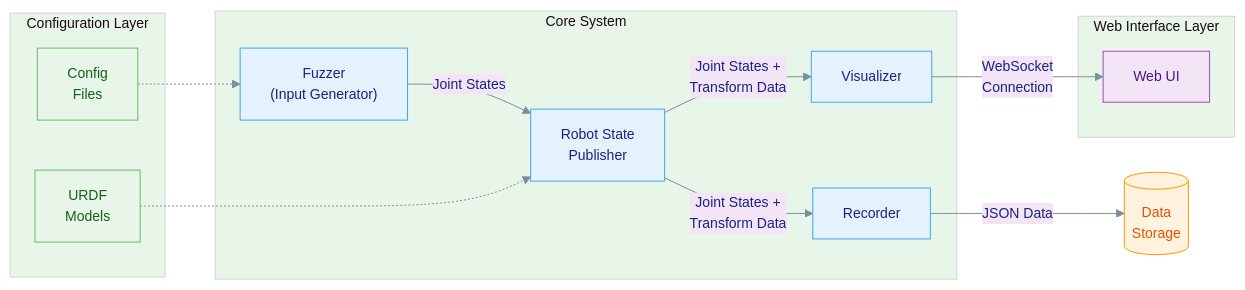
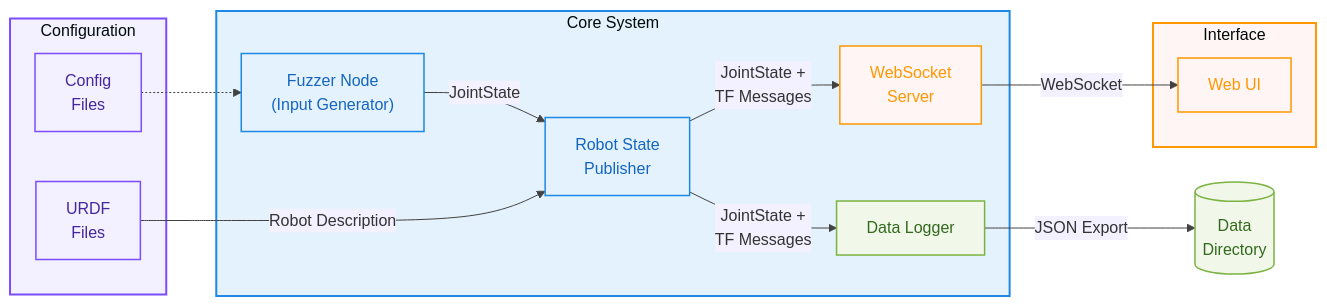
The first of 2 diagrams in README.md (iotrustlab/ros2-rsp-docker), drawn with Mermaid before and after one commit. The commit also changed other lines of this file, not shown here.

Commit message:
doc corrected

````diff
--- a/README.md
+++ b/README.md
@@ -14,45 +16,52 @@
 ```mermaid
 %%{init: {
   'theme': 'base',
   'themeVariables': {
-    'primaryColor': '#E3F2FD',
-    'primaryTextColor': '#1A237E',
-    'primaryBorderColor': '#42A5F5',
-    'lineColor': '#78909C',
-    'secondaryColor': '#F3E5F5',
-    'tertiaryColor': '#E8F5E9',
-    'fontSize': '14px',
-    'fontFamily': 'Roboto, Arial, sans-serif'
+    'primaryColor': '#e3f2fd',
+    'secondaryColor': '#f3f0ff',
+    'tertiaryColor': '#fff5f5',
+    'primaryBorderColor': '#1e88e5',
+    'lineColor': '#424242'
+  },
+  'flowchart': {
+    'curve': 'basis',
+    'nodeSpacing': 50,
+    'rankSpacing': 50
   }
 }}%%
 
 graph LR
     subgraph Core["Core System"]
-        F["Fuzzer<br/>(Input Generator)"]-->|"Joint States"|R["Robot State<br/>Publisher"]
-        R-->|"Joint States +<br/>Transform Data"|V["Visualizer"]
-        R-->|"Joint States +<br/>Transform Data"|C["Recorder"]
+        F["Fuzzer Node<br/>(Input Generator)"]-->|"JointState"|R["Robot State<br/>Publisher"]
+        R-->|"JointState +<br/>TF Messages"|V["WebSocket<br/>Server"]
+        R-->|"JointState +<br/>TF Messages"|C["Data Logger"]
     end
 
-    subgraph Config["Configuration Layer"]
+    subgraph Config["Configuration"]
         CF["Config<br/>Files"]-.->F
-        UR["URDF<br/>Models"]-.->R
+        UR["URDF<br/>Files"]-->|"Robot Description"|R
     end
 
-    subgraph Web["Web Interface Layer"]
-        V-->|"WebSocket<br/>Connection"|W["Web UI"]
+    subgraph Web["Interface"]
+        V-->|"WebSocket"|W["Web UI"]
     end
 
-    C-->|"JSON Data"|D[(Data<br/>Storage)]
+    C-->|"JSON Export"|D[(Data<br/>Directory)]
 
     %% Style Definitions
-    classDef default fill:#E3F2FD,stroke:#42A5F5,color:#1A237E,font-weight:500
-    classDef config fill:#E8F5E9,stroke:#66BB6A,color:#1B5E20,font-weight:500
-    classDef web fill:#F3E5F5,stroke:#AB47BC,color:#4A148C,font-weight:500
-    classDef storage fill:#FFF3E0,stroke:#FF9800,color:#E65100,font-weight:500
+    classDef default fill:#e3f2fd,stroke:#1e88e5,stroke-width:1.5px,color:#1565c0
+    classDef storage fill:#f3f0ff,stroke:#7c4dff,stroke-width:1.5px,color:#4527a0
+    classDef visual fill:#fff5f5,stroke:#FF9800,stroke-width:1.5px,color:#FF9800
+    classDef record fill:#f1f8e9,stroke:#7cb342,stroke-width:1.5px,color:#33691e
 
     %% Apply Styles
-    class F,R,V,C default
-    class CF,UR config
-    class W web
-    class D storage
+    class F,R default
+    class CF,UR storage
+    class V,W visual
+    class C,D record
+
+    %% Style subgraphs
+    style Core fill:#e3f2fd,stroke:#1e88e5,stroke-width:2px
+    style Config fill:#f3f0ff,stroke:#7c4dff,stroke-width:2px
+    style Web fill:#fff5f5,stroke:#FF9800,stroke-width:2px
 ```
````
